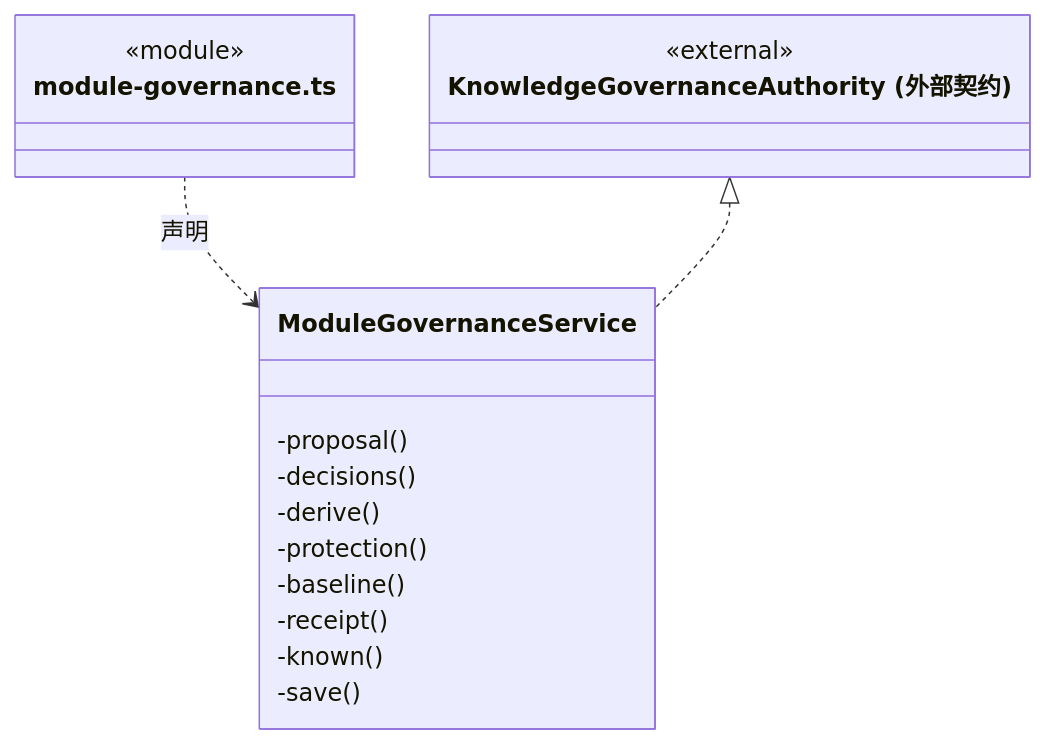
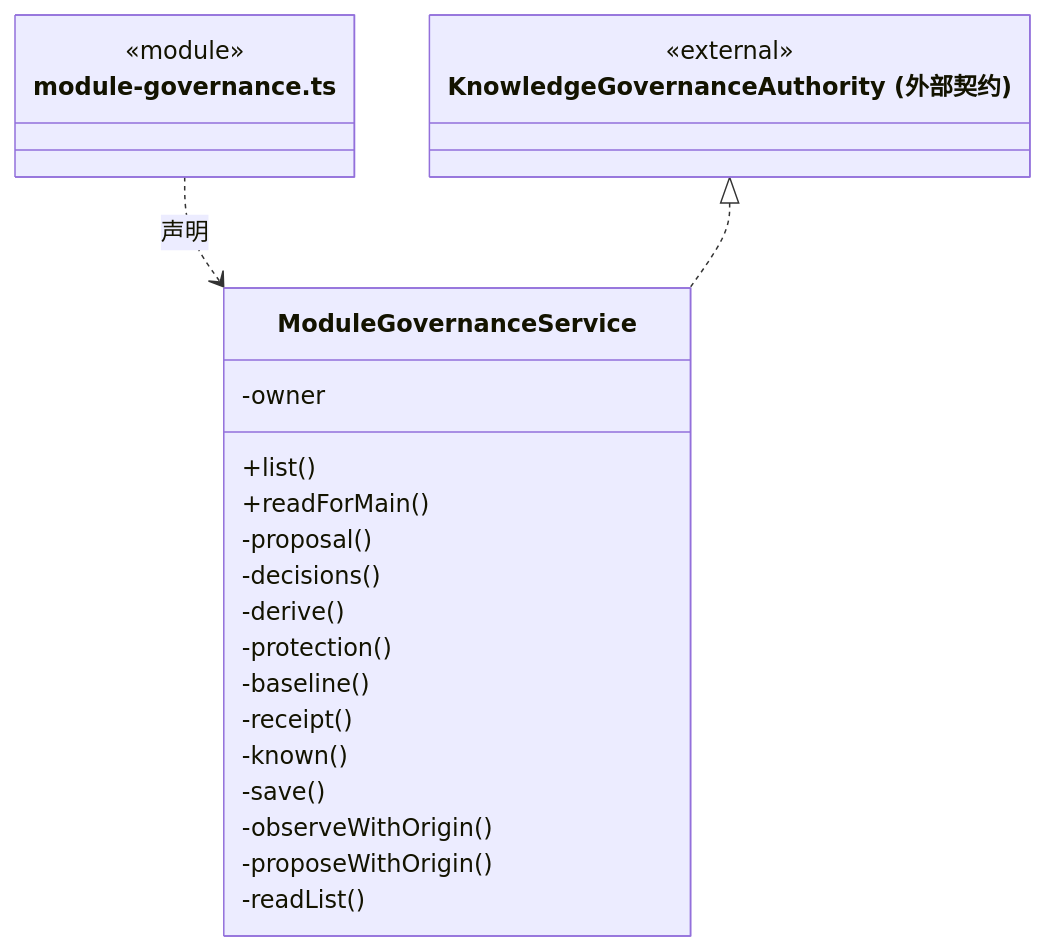
Before and after one commit to nan023062/cbim: the third of 3 diagrams in src/backend/main/governance/ARCHITECTURE.md, drawn with Mermaid. The commit also changed other lines of this file and 53 other files, not shown here.

````diff
--- a/src/backend/main/governance/ARCHITECTURE.md
+++ b/src/backend/main/governance/ARCHITECTURE.md
@@ -72,21 +85,27 @@
 ```mermaid
 classDiagram
 class N_src_backend_main_governance_module_governance_ts["module-governance.ts"] {
   <<module>>
 }
 class N_src_backend_main_governance_module_governance_ts_ModuleGovernanceService["ModuleGovernanceService"] {
+  +list()
+  +readForMain()
+  -owner
   -proposal()
   -decisions()
   -derive()
   -protection()
   -baseline()
   -receipt()
   -known()
   -save()
+  -observeWithOrigin()
+  -proposeWithOrigin()
+  -readList()
 }
 N_src_backend_main_governance_module_governance_ts ..> N_src_backend_main_governance_module_governance_ts_ModuleGovernanceService : 声明
 class N_src_backend_main_governance_module_governance_ts_external_KnowledgeGovernanceAuthority["KnowledgeGovernanceAuthority (外部契约)"] {
   <<external>>
 }
 N_src_backend_main_governance_module_governance_ts_external_KnowledgeGovernanceAuthority <|.. N_src_backend_main_governance_module_governance_ts_ModuleGovernanceService
 ```
````
